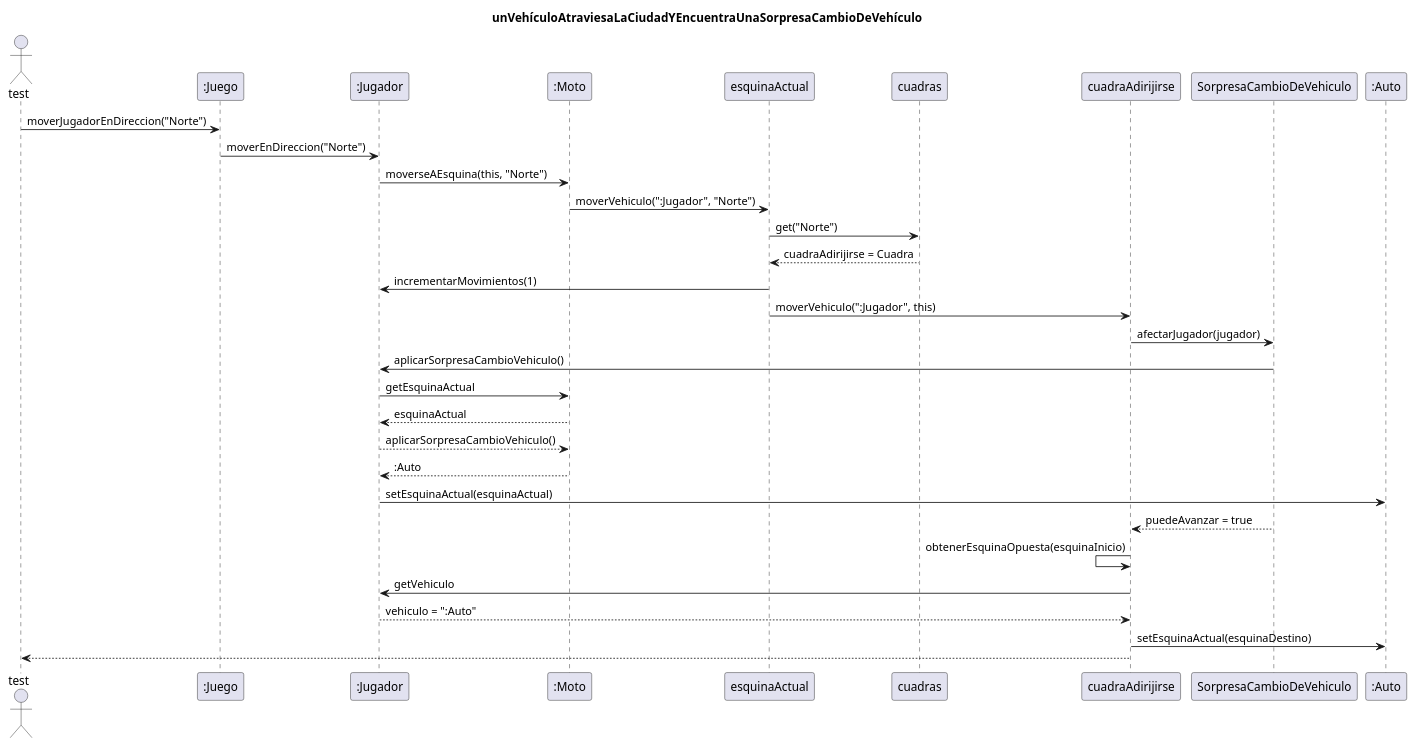
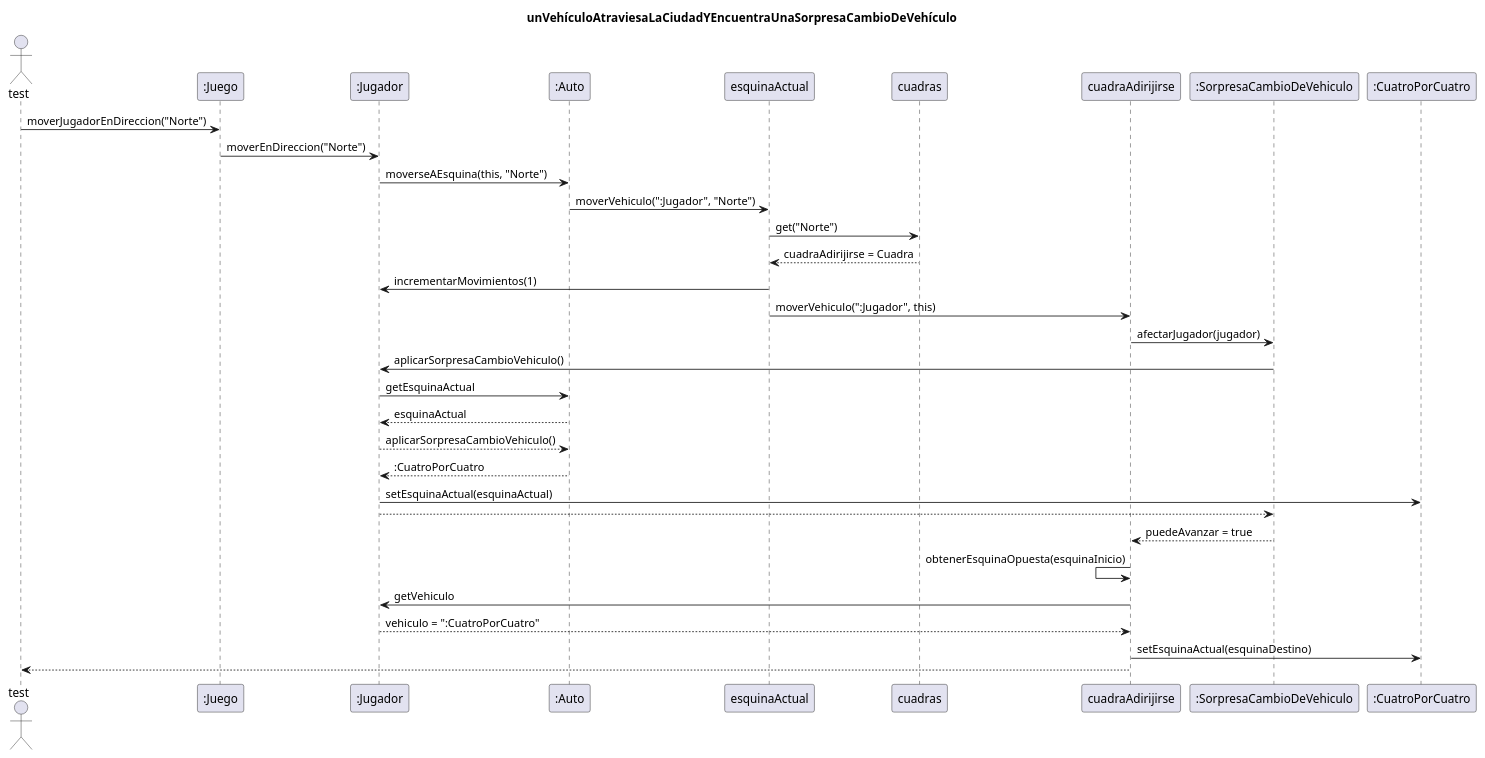
The diagram in diagrams/sequences/entrega02/CasoDeUso03.plantuml (TP2Algo3FIUBA/tp2), drawn with PlantUML before and after one commit. The commit also changed 1 other file, not shown here.

Commit message:
Diagrama de secuencia caso de uso 3 y 4 semana 2

```diff
--- a/diagrams/sequences/entrega02/CasoDeUso03.plantuml
+++ b/diagrams/sequences/entrega02/CasoDeUso03.plantuml
@@ -1,29 +1,30 @@
 @startuml
 title: unVehículoAtraviesaLaCiudadYEncuentraUnaSorpresaCambioDeVehículo
 
 Actor test
 test -> ":Juego"  : moverJugadorEnDireccion("Norte")
 ":Juego" -> ":Jugador" : moverEnDireccion("Norte")
-":Jugador" -> ":Moto" : moverseAEsquina(this, "Norte")
-":Moto" -> esquinaActual : moverVehiculo(":Jugador", "Norte")
+":Jugador" -> ":Auto" : moverseAEsquina(this, "Norte")
+":Auto" -> esquinaActual : moverVehiculo(":Jugador", "Norte")
 esquinaActual -> cuadras : get("Norte")
 esquinaActual <-- cuadras : cuadraAdirijirse = Cuadra
 esquinaActual -> ":Jugador" : incrementarMovimientos(1)
 esquinaActual -> cuadraAdirijirse : moverVehiculo(":Jugador", this)
 
-cuadraAdirijirse -> SorpresaCambioDeVehiculo : afectarJugador(jugador)
-SorpresaCambioDeVehiculo -> ":Jugador" : aplicarSorpresaCambioVehiculo()
+cuadraAdirijirse -> ":SorpresaCambioDeVehiculo" : afectarJugador(jugador)
+":SorpresaCambioDeVehiculo" -> ":Jugador" : aplicarSorpresaCambioVehiculo()
 
-":Jugador" -> ":Moto" : getEsquinaActual
-":Jugador" <-- ":Moto" : esquinaActual
-":Jugador" --> ":Moto" : aplicarSorpresaCambioVehiculo()
-":Jugador" <-- ":Moto" : :Auto
-":Jugador" -> ":Auto" : setEsquinaActual(esquinaActual)
-cuadraAdirijirse <-- SorpresaCambioDeVehiculo : puedeAvanzar = true
+":Jugador" -> ":Auto" : getEsquinaActual
+":Jugador" <-- ":Auto" : esquinaActual
+":Jugador" --> ":Auto" : aplicarSorpresaCambioVehiculo()
+":Jugador" <-- ":Auto" : :CuatroPorCuatro
+":Jugador" -> ":CuatroPorCuatro" : setEsquinaActual(esquinaActual)
+":SorpresaCambioDeVehiculo" <-- ":Jugador"
+cuadraAdirijirse <-- ":SorpresaCambioDeVehiculo" : puedeAvanzar = true
 
 cuadraAdirijirse <- cuadraAdirijirse : obtenerEsquinaOpuesta(esquinaInicio)
 cuadraAdirijirse -> ":Jugador" : getVehiculo
-cuadraAdirijirse <-- ":Jugador" : vehiculo = ":Auto"
-cuadraAdirijirse -> ":Auto" : setEsquinaActual(esquinaDestino)
+cuadraAdirijirse <-- ":Jugador" : vehiculo = ":CuatroPorCuatro"
+cuadraAdirijirse -> ":CuatroPorCuatro" : setEsquinaActual(esquinaDestino)
 test <-- cuadraAdirijirse
 @enduml
```
